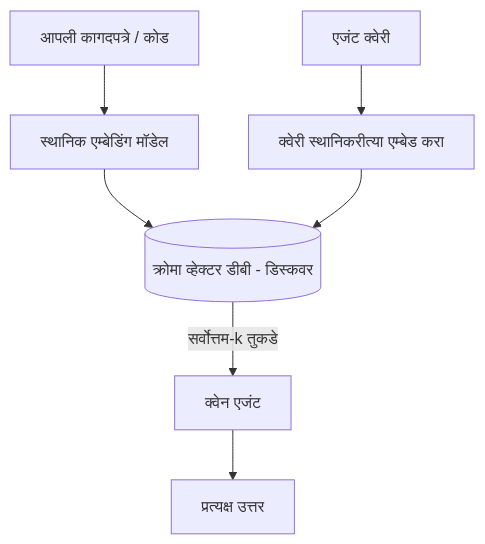
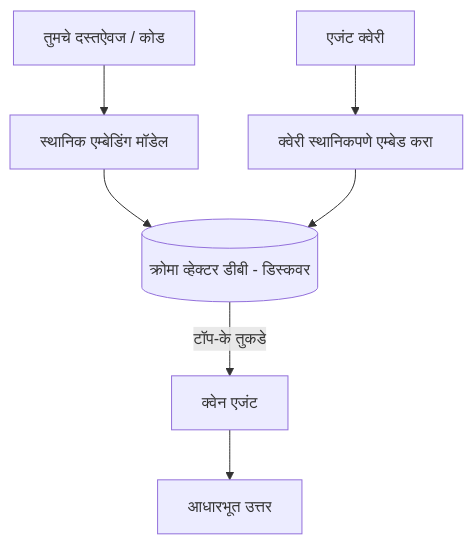
One commit to microsoft/ai-agents-for-beginners changed the third of 4 diagrams in translations/mr/17-creating-local-ai-agents/README.md. Above: the diagram before and after it, drawn with Mermaid. The commit also changed other lines of this file and 45 other files, not shown here.

````diff
--- a/translations/mr/17-creating-local-ai-agents/README.md
+++ b/translations/mr/17-creating-local-ai-agents/README.md
@@ -125,9 +125,9 @@
 ```mermaid
 flowchart TB
-    D[आपली कागदपत्रे / कोड] --> E[स्थानिक एम्बेडिंग मॉडेल]
+    D[तुमचे दस्तऐवज / कोड] --> E[स्थानिक एम्बेडिंग मॉडेल]
     E --> V[(क्रोमा व्हेक्टर डीबी - डिस्कवर)]
-    Q[एजंट क्वेरी] --> QE[क्वेरी स्थानिकरीत्या एम्बेड करा]
+    Q[एजंट क्वेरी] --> QE[क्वेरी स्थानिकपणे एम्बेड करा]
     QE --> V
-    V -->|सर्वोत्तम-k तुकडे| A[क्वेन एजंट]
-    A --> Ans[प्रत्यक्ष उत्तर]
+    V -->|टॉप-के तुकडे| A[क्वेन एजंट]
+    A --> Ans[आधारभूत उत्तर]
 ```
````
